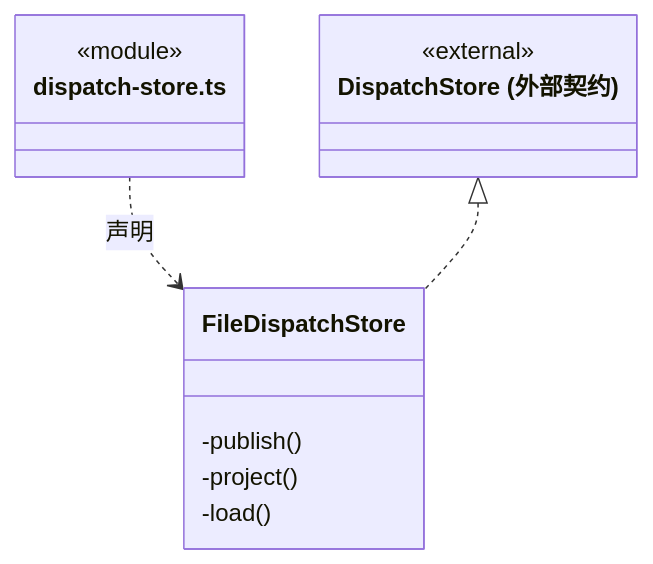
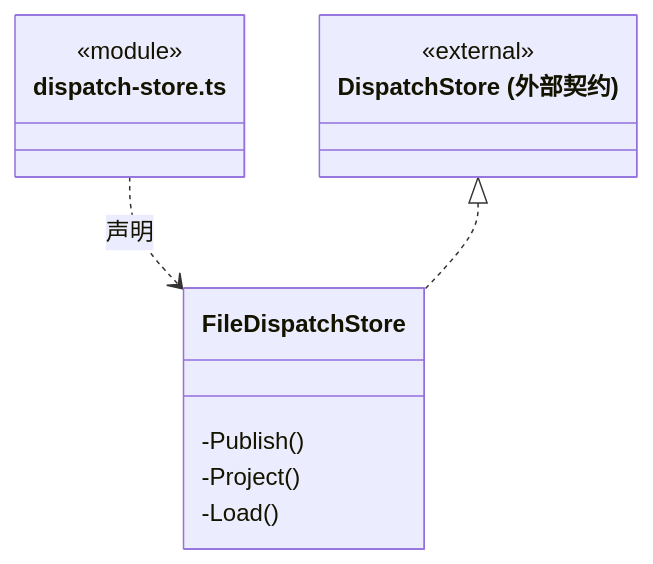
Before and after one commit to nan023062/cbim: the third of 4 diagrams in src/logic/dispatch/storage/ARCHITECTURE.md, drawn with Mermaid. The commit also changed other lines of this file and 1035 other files, not shown here.

````diff
--- a/src/logic/dispatch/storage/ARCHITECTURE.md
+++ b/src/logic/dispatch/storage/ARCHITECTURE.md
@@ -107,16 +107,16 @@
 ```mermaid
 classDiagram
 class N_src_logic_dispatch_storage_dispatch_store_ts["dispatch-store.ts"] {
   <<module>>
 }
 class N_src_logic_dispatch_storage_dispatch_store_ts_FileDispatchStore["FileDispatchStore"] {
-  -publish()
-  -project()
-  -load()
+  -Publish()
+  -Project()
+  -Load()
 }
 N_src_logic_dispatch_storage_dispatch_store_ts ..> N_src_logic_dispatch_storage_dispatch_store_ts_FileDispatchStore : 声明
 class N_src_logic_dispatch_storage_dispatch_store_ts_external_DispatchStore["DispatchStore (外部契约)"] {
   <<external>>
 }
 N_src_logic_dispatch_storage_dispatch_store_ts_external_DispatchStore <|.. N_src_logic_dispatch_storage_dispatch_store_ts_FileDispatchStore
 ```
````
